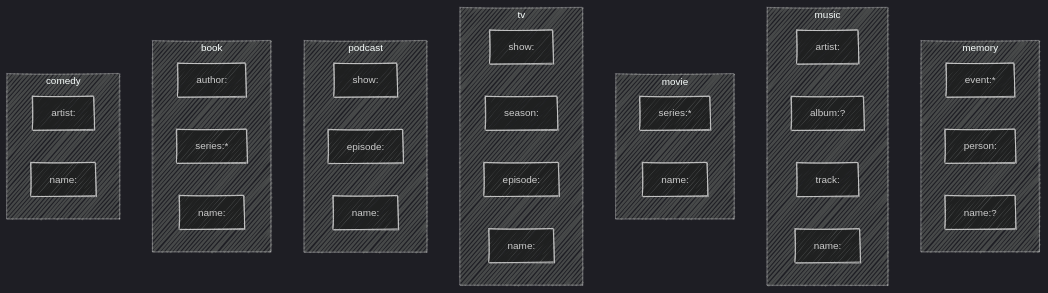
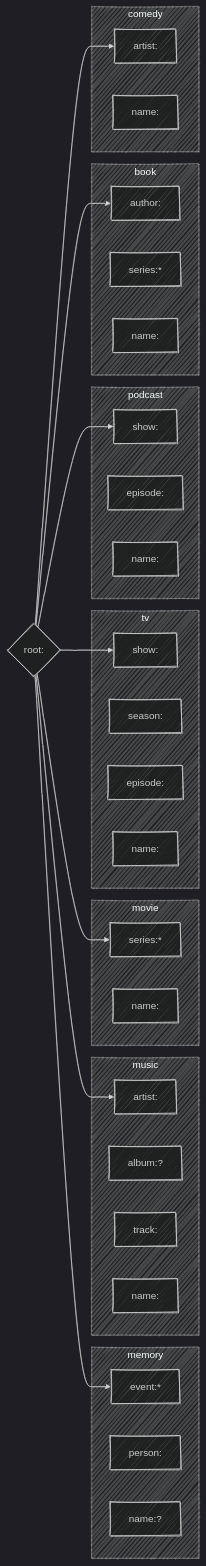
Before and after one commit to chris-peterson/pinpoint: the fourth of 8 diagrams in SPEC.md, drawn with Mermaid (dark theme). The commit also changed other lines of this file and 13 other files, not shown here.

````diff
--- a/SPEC.md
+++ b/SPEC.md
@@ -228,42 +238,49 @@
 ```mermaid
 ---
 config:
   look: handDrawn
 ---
-graph TD
+graph LR
     subgraph memory
         event["event:*"]
         person["person:"]
         name_m["name:?"]
     end
     subgraph music
         artist_mu["artist:"]
         album["album:?"]
         track["track:"]
         name_mu["name:"]
     end
     subgraph movie
         series_mv["series:*"]
         name_mv["name:"]
     end
     subgraph tv
         show_t["show:"]
         season["season:"]
         episode_t["episode:"]
         name_t["name:"]
     end
     subgraph podcast
         show_p["show:"]
         episode_p["episode:"]
         name_p["name:"]
     end
     subgraph book
         author["author:"]
         series_b["series:*"]
         name_b["name:"]
     end
     subgraph comedy
         artist_c["artist:"]
         name_c["name:"]
     end
+    R{"root:"} --> artist_c
+    R --> author
+    R --> show_p
+    R --> show_t
+    R --> series_mv
+    R --> artist_mu
+    R --> event
 ```
````
